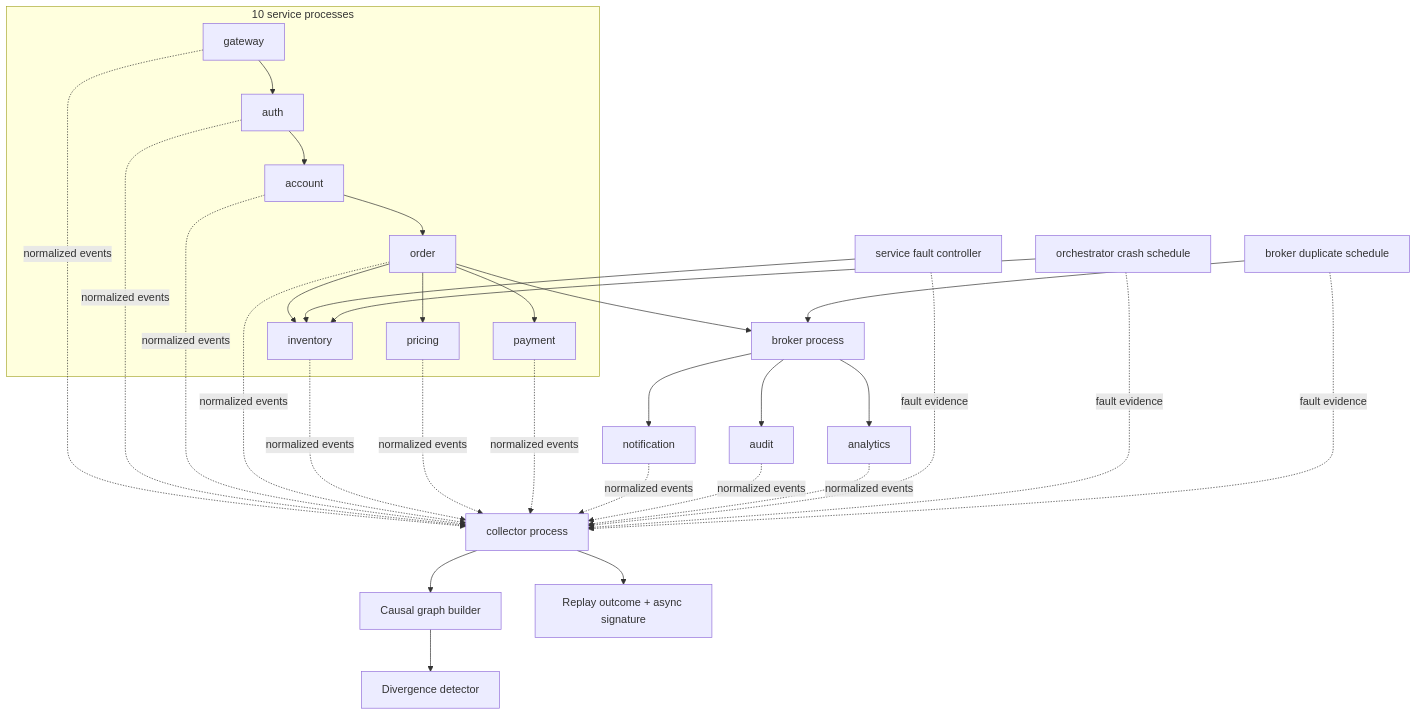
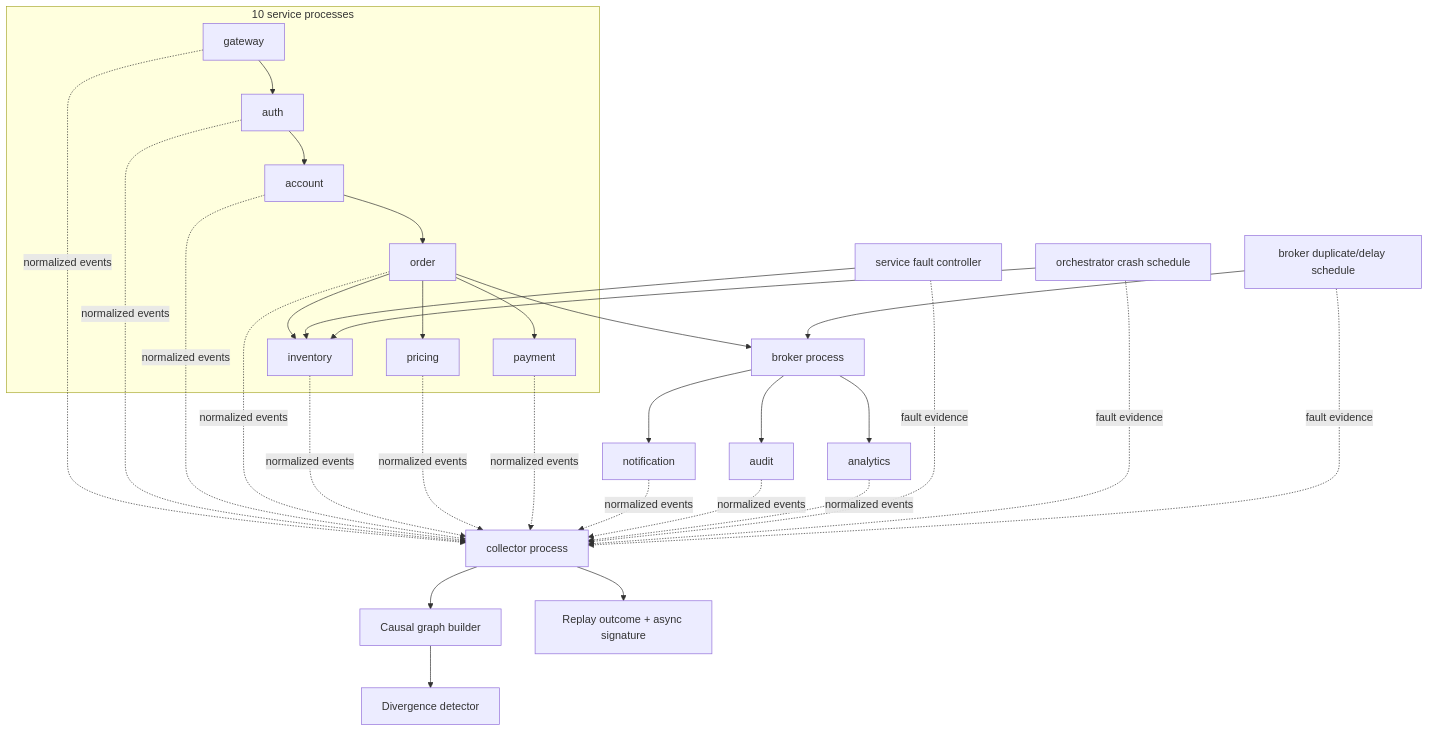
Before and after one commit to yjr28/kestrel-replay: the first of 2 diagrams in ARCHITECTURE.md, drawn with Mermaid. The commit also changed other lines of this file, not shown here.

Commit message:
docs: align architecture with current evidence boundaries

````diff
--- a/ARCHITECTURE.md
+++ b/ARCHITECTURE.md
@@ -18,36 +18,36 @@
 ```mermaid
 flowchart TB
     subgraph Services[10 service processes]
       G[gateway] --> A[auth] --> AC[account] --> O[order]
       O --> I[inventory]
       O --> P[pricing]
       O --> PAY[payment]
     end
 
     O --> B[broker process]
     B --> N[notification]
     B --> AU[audit]
     B --> AN[analytics]
 
     SF[service fault controller] --> I
     OF[orchestrator crash schedule] --> I
-    BF[broker duplicate schedule] --> B
+    BF[broker duplicate/delay schedule] --> B
 
     G -. normalized events .-> C[collector process]
     A -. normalized events .-> C
     AC -. normalized events .-> C
     O -. normalized events .-> C
     I -. normalized events .-> C
     P -. normalized events .-> C
     PAY -. normalized events .-> C
     N -. normalized events .-> C
     AU -. normalized events .-> C
     AN -. normalized events .-> C
     SF -. fault evidence .-> C
     OF -. fault evidence .-> C
     BF -. fault evidence .-> C
 
     C --> CG[Causal graph builder]
     CG --> D[Divergence detector]
     C --> R[Replay outcome + async signature]
 ```
````
